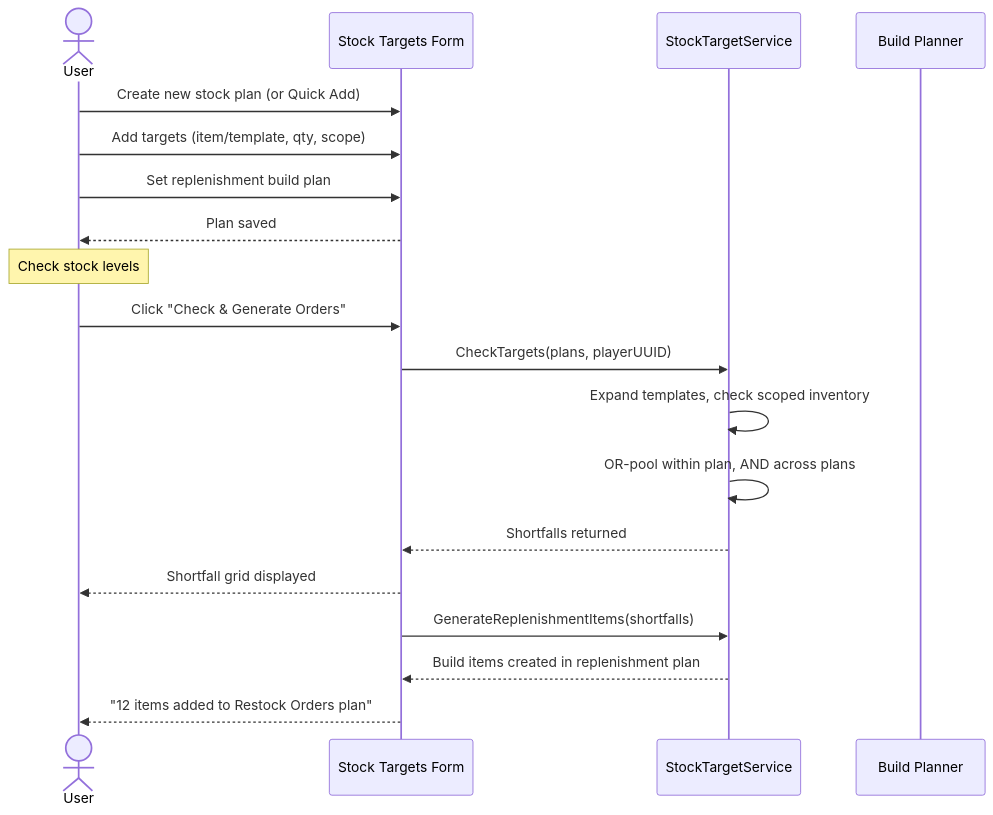
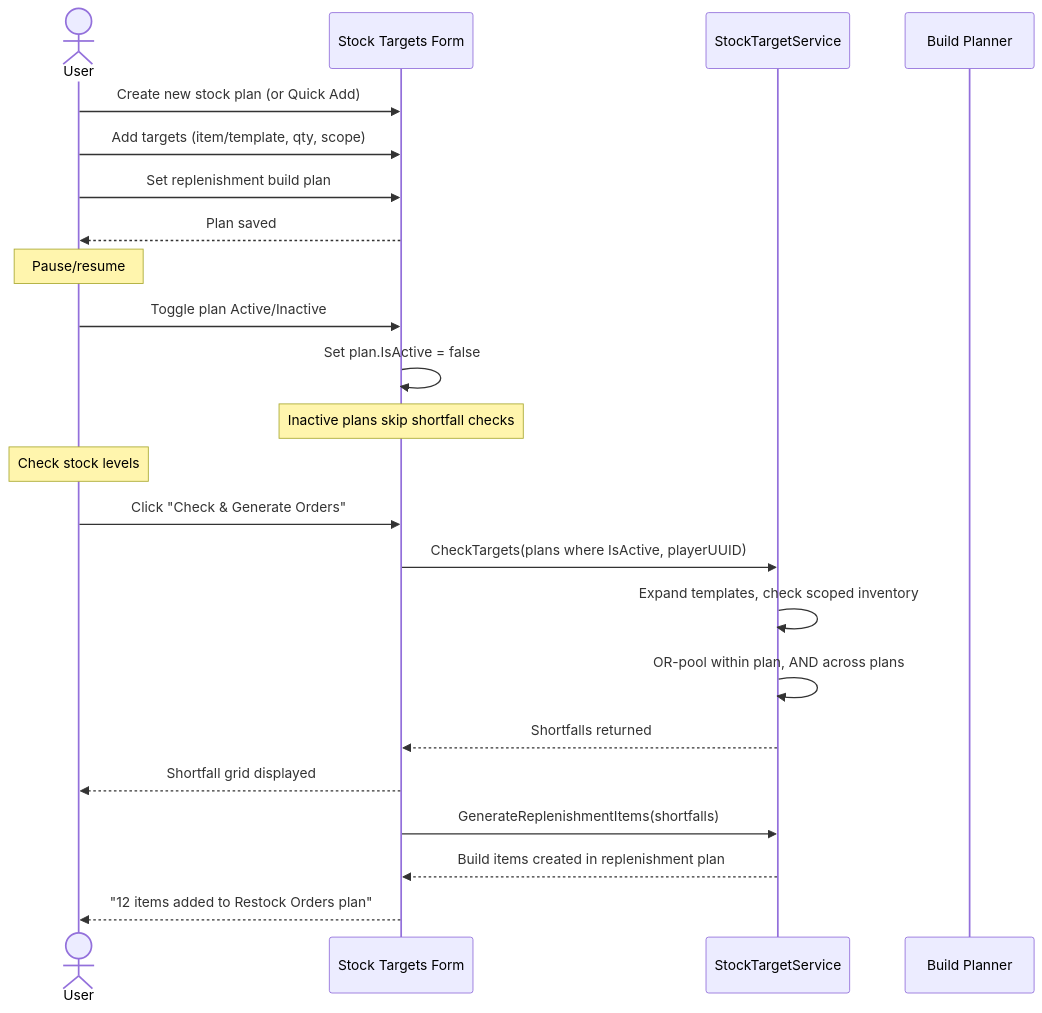
One commit to scalorn/OuterEmpires2EmpireTracker changed diagram 12 of 18 in .kiro/specs/empire-systems/design.md. Above: the diagram before and after it, drawn with Mermaid. The commit also changed other lines of this file, not shown here.

````diff
--- a/.kiro/specs/empire-systems/design.md
+++ b/.kiro/specs/empire-systems/design.md
@@ -352,24 +352,29 @@
 ```mermaid
 sequenceDiagram
     actor User
     participant ST as Stock Targets Form
     participant STS as StockTargetService
     participant BP as Build Planner
 
     User->>ST: Create new stock plan (or Quick Add)
     User->>ST: Add targets (item/template, qty, scope)
     User->>ST: Set replenishment build plan
     ST-->>User: Plan saved
 
+    Note over User: Pause/resume
+    User->>ST: Toggle plan Active/Inactive
+    ST->>ST: Set plan.IsActive = false
+    Note over ST: Inactive plans skip shortfall checks
+
     Note over User: Check stock levels
     User->>ST: Click "Check & Generate Orders"
-    ST->>STS: CheckTargets(plans, playerUUID)
+    ST->>STS: CheckTargets(plans where IsActive, playerUUID)
     STS->>STS: Expand templates, check scoped inventory
     STS->>STS: OR-pool within plan, AND across plans
     STS-->>ST: Shortfalls returned
     ST-->>User: Shortfall grid displayed
 
     ST->>STS: GenerateReplenishmentItems(shortfalls)
     STS-->>ST: Build items created in replenishment plan
     ST-->>User: "12 items added to Restock Orders plan"
 ```
````
